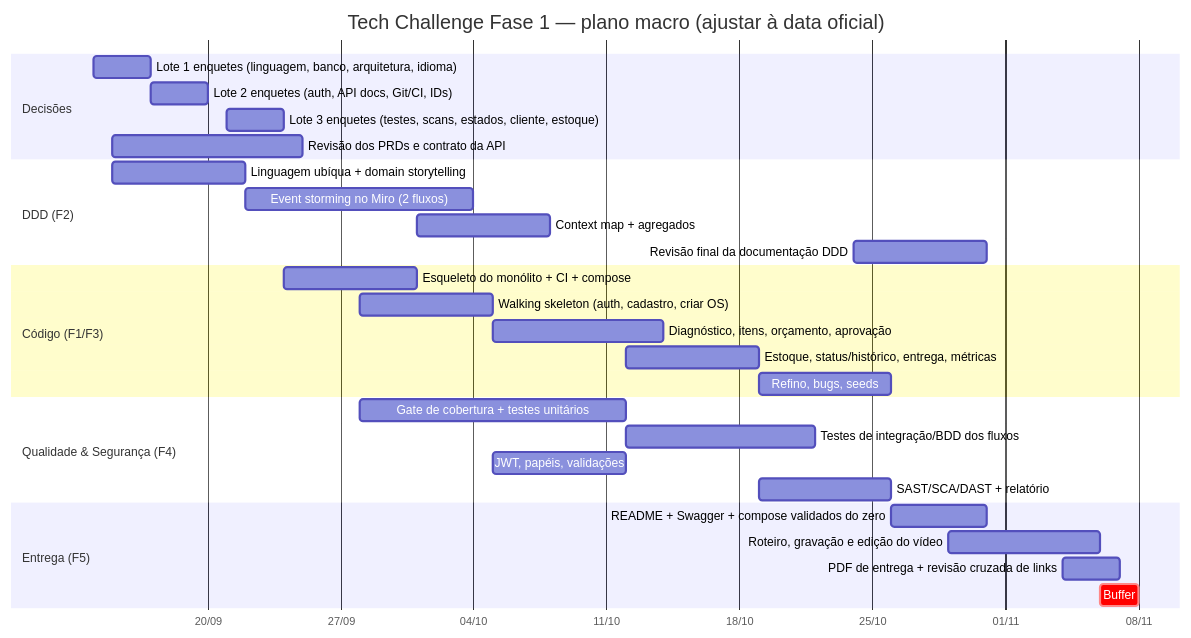
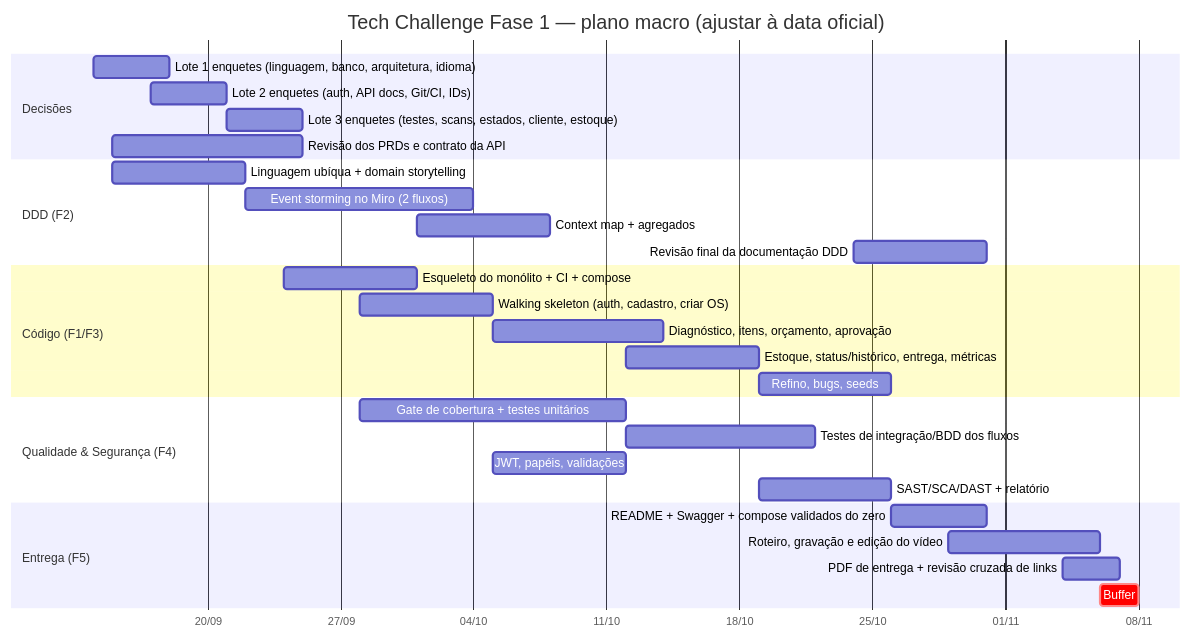
The diagram in docs/00-guia-do-grupo/cronograma.md (HermandoThiago/FIAP-SOAT), drawn with Mermaid before and after one commit. The commit also changed 18 other files, not shown here.

````diff
--- a/docs/00-guia-do-grupo/cronograma.md
+++ b/docs/00-guia-do-grupo/cronograma.md
@@ -22,32 +22,32 @@
 ```mermaid
 gantt
     title Tech Challenge Fase 1 — plano macro (ajustar à data oficial)
     dateFormat  YYYY-MM-DD
     axisFormat  %d/%m
     section Decisões
-    Lote 1 enquetes (linguagem, banco, arquitetura, idioma)  :a1, 2026-09-14, 3d
-    Lote 2 enquetes (auth, API docs, Git/CI, IDs)             :a2, 2026-09-17, 3d
-    Lote 3 enquetes (testes, scans, estados, cliente, estoque):a3, 2026-09-21, 3d
+    Lote 1 enquetes (linguagem, banco, arquitetura, idioma)  :a1, 2026-09-14, 4d
+    Lote 2 enquetes (auth, API docs, Git/CI, IDs)             :a2, 2026-09-17, 4d
+    Lote 3 enquetes (testes, scans, estados, cliente, estoque):a3, 2026-09-21, 4d
     Revisão dos PRDs e contrato da API                        :a4, 2026-09-15, 10d
     section DDD (F2)
     Linguagem ubíqua + domain storytelling                    :b1, 2026-09-15, 7d
     Event storming no Miro (2 fluxos)                         :b2, 2026-09-22, 12d
     Context map + agregados                                   :b3, 2026-10-01, 7d
     Revisão final da documentação DDD                         :b4, 2026-10-24, 7d
     section Código (F1/F3)
     Esqueleto do monólito + CI + compose                      :c1, 2026-09-24, 7d
     Walking skeleton (auth, cadastro, criar OS)               :c2, 2026-09-28, 7d
     Diagnóstico, itens, orçamento, aprovação                  :c3, 2026-10-05, 9d
     Estoque, status/histórico, entrega, métricas              :c4, 2026-10-12, 7d
     Refino, bugs, seeds                                       :c5, 2026-10-19, 7d
     section Qualidade & Segurança (F4)
     Gate de cobertura + testes unitários                      :d1, 2026-09-28, 14d
     Testes de integração/BDD dos fluxos                       :d2, 2026-10-12, 10d
     JWT, papéis, validações                                   :d3, 2026-10-05, 7d
     SAST/SCA/DAST + relatório                                 :d4, 2026-10-19, 7d
     section Entrega (F5)
     README + Swagger + compose validados do zero              :e1, 2026-10-26, 5d
     Roteiro, gravação e edição do vídeo                       :e2, 2026-10-29, 8d
     PDF de entrega + revisão cruzada de links                 :e3, 2026-11-04, 3d
     Buffer                                                    :crit, e4, 2026-11-06, 2d
 ```
````
